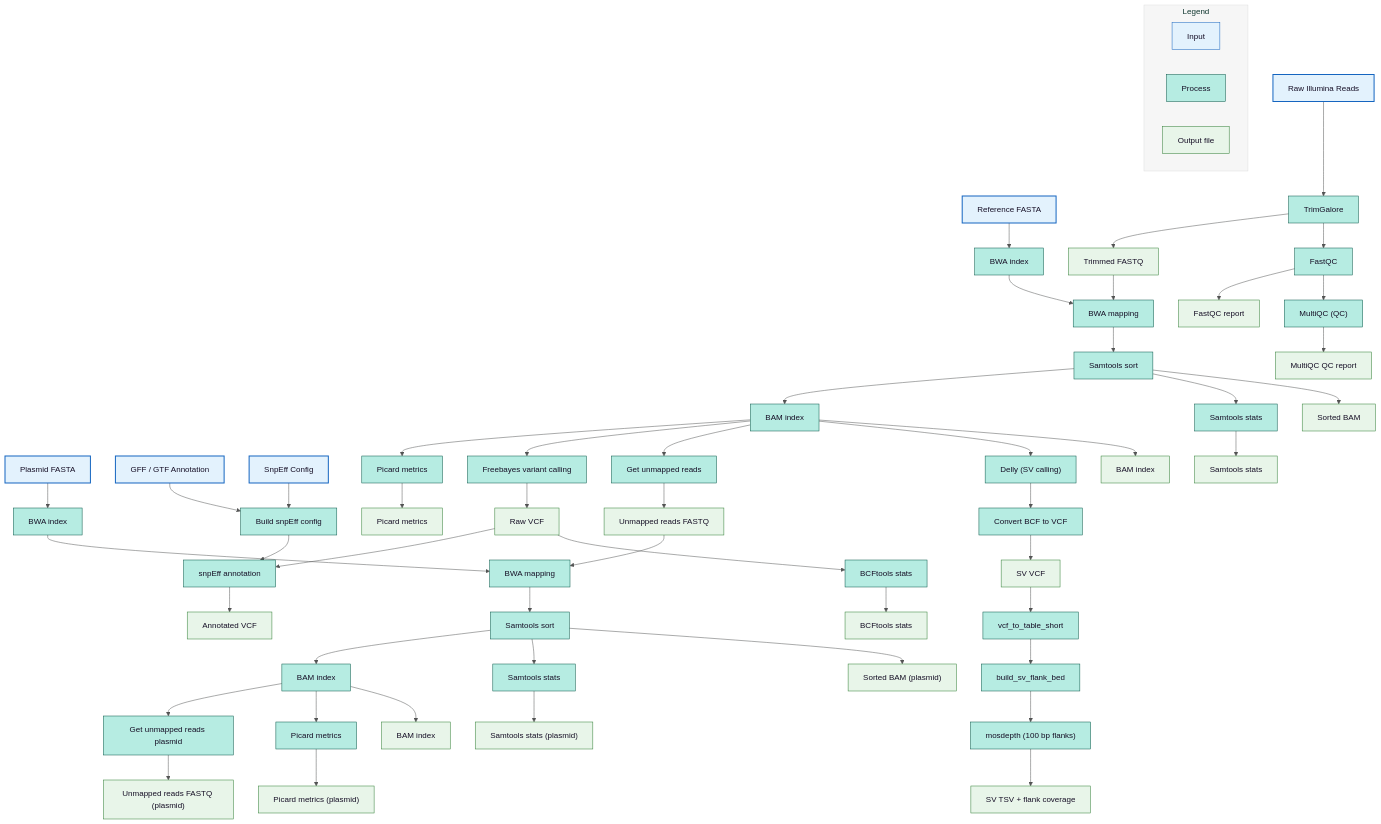
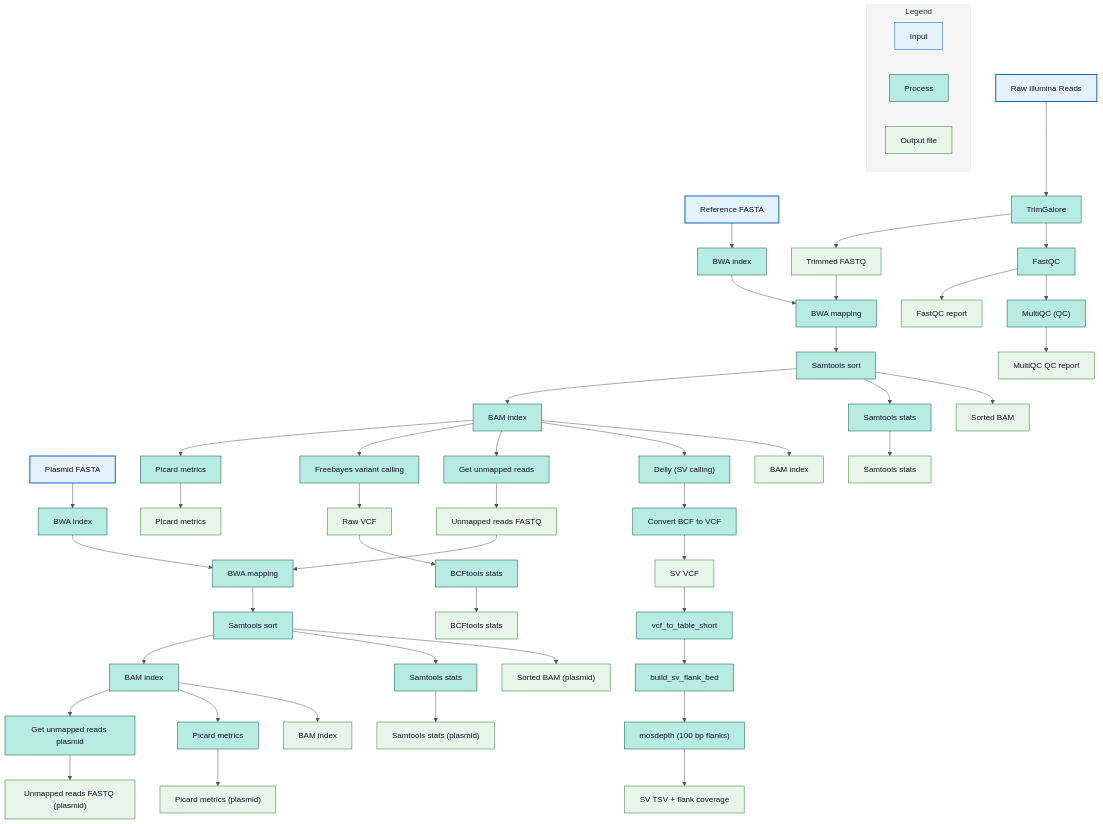
One commit to denisHanch/efsa_pipeline changed the diagram in docs/outputs/illumina.md. Above: the diagram before and after it, drawn with Mermaid. The commit also changed other lines of this file and 24 other files, not shown here.

Commit message:
EFSA-268: removing gff_annotation and truvari module

```diff
--- a/docs/outputs/illumina.md
+++ b/docs/outputs/illumina.md
@@ -23,14 +23,10 @@
 RAW["Raw Illumina Reads"]
 REF["Reference FASTA"]
 PLASMID_REF["Plasmid FASTA"]
-GFF["GFF / GTF Annotation"]
-CONFIG["SnpEff Config"]
 
 style RAW fill:#E3F2FD,stroke:#1565C0,stroke-width:2px
 style REF fill:#E3F2FD,stroke:#1565C0,stroke-width:2px
 style PLASMID_REF fill:#E3F2FD,stroke:#1565C0,stroke-width:2px
-style GFF fill:#E3F2FD,stroke:#1565C0,stroke-width:2px
-style CONFIG fill:#E3F2FD,stroke:#1565C0,stroke-width:2px
 
 %% ===== QC =====
 TRIM["TrimGalore"]
@@ -57,8 +53,6 @@
 PICARD["Picard metrics"]
 FREEBAYES["Freebayes variant calling"]
 BCFTOOLS["BCFtools stats"]
-BUILD_CFG["Build snpEff config"]
-SNPEFF["snpEff annotation"]
 GET_UNMAPPED["Get unmapped reads"]
 
 REF --> BWA_INDEX --> BWA
@@ -81,9 +75,6 @@
 
 BAM_IDX --> FREEBAYES --> VCF_RAW["Raw VCF"]:::output
 VCF_RAW --> BCFTOOLS --> BCF_STATS["BCFtools stats"]:::output
-GFF --> BUILD_CFG --> SNPEFF
-CONFIG --> BUILD_CFG
-VCF_RAW --> SNPEFF --> VCF_ANNOT["Annotated VCF"]:::output
 
 BAM_IDX --> PICARD --> PICARD_OUT["Picard metrics"]:::output
 
```
